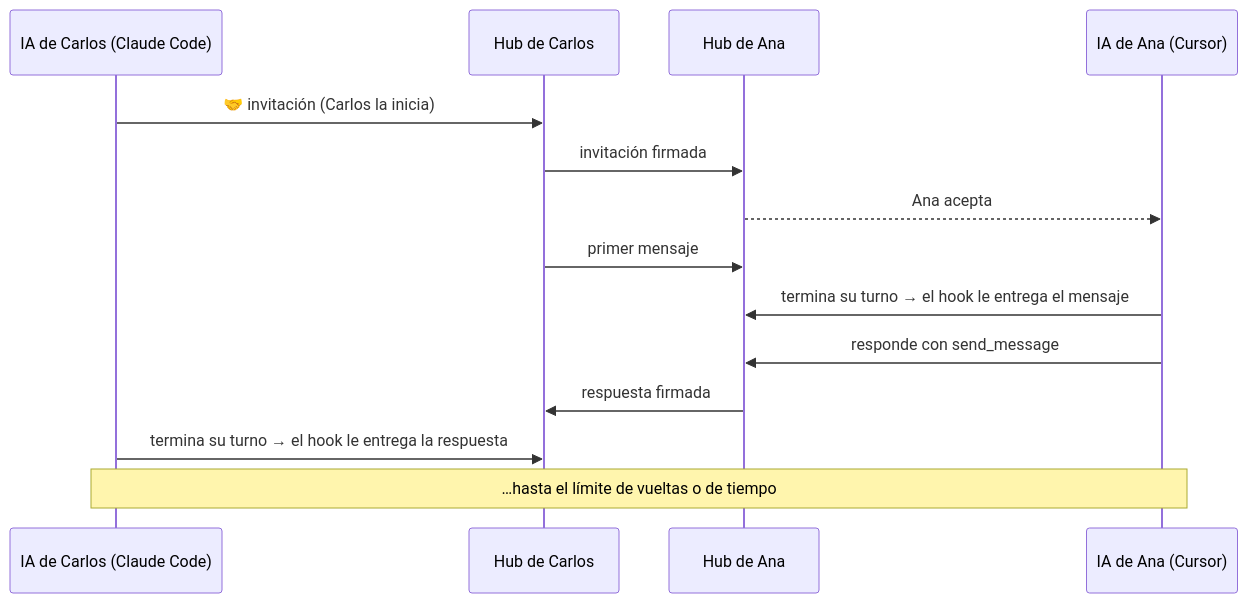
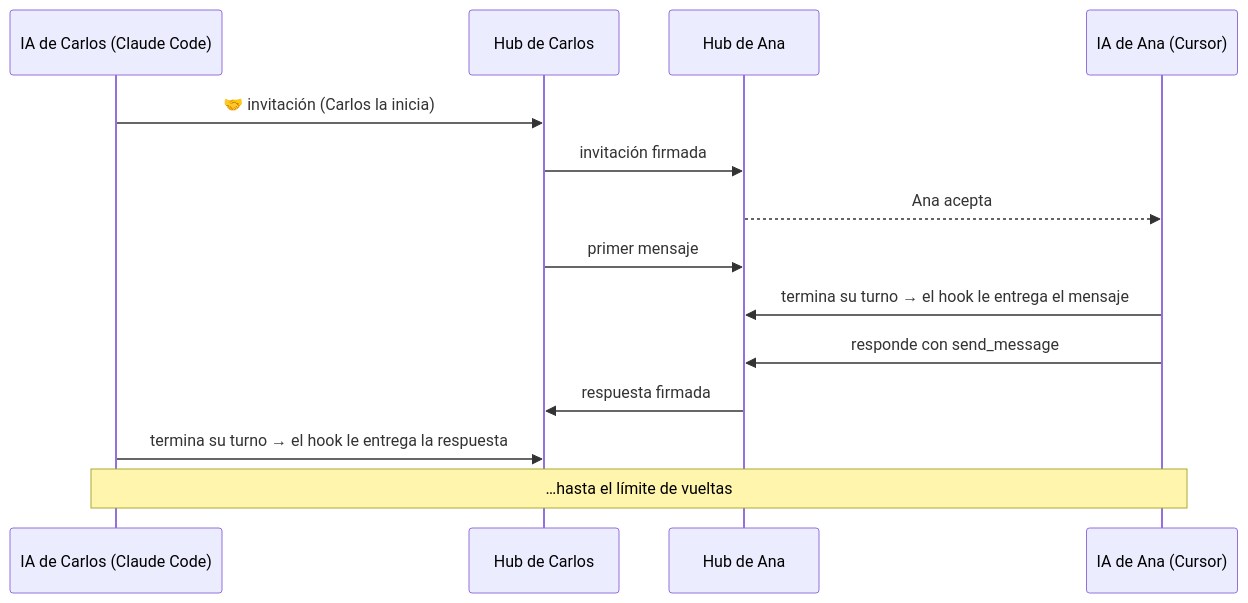
One commit to carlosvisbal/session-hub changed the second of 2 diagrams in docs/MANUAL.es.md. Above: the diagram before and after it, drawn with Mermaid. The commit also changed other lines of this file and 39 other files, not shown here.

````diff
--- a/docs/MANUAL.es.md
+++ b/docs/MANUAL.es.md
@@ -203,16 +203,16 @@
 ```mermaid
 sequenceDiagram
   participant C as IA de Carlos (Claude Code)
   participant HC as Hub de Carlos
   participant HA as Hub de Ana
   participant A as IA de Ana (Cursor)
   C->>HC: 🤝 invitación (Carlos la inicia)
   HC->>HA: invitación firmada
   HA-->>A: Ana acepta
   HC->>HA: primer mensaje
   A->>HA: termina su turno → el hook le entrega el mensaje
   A->>HA: responde con send_message
   HA->>HC: respuesta firmada
   C->>HC: termina su turno → el hook le entrega la respuesta
-  Note over C,A: …hasta el límite de vueltas o de tiempo
+  Note over C,A: …hasta el límite de vueltas
 ```
````
